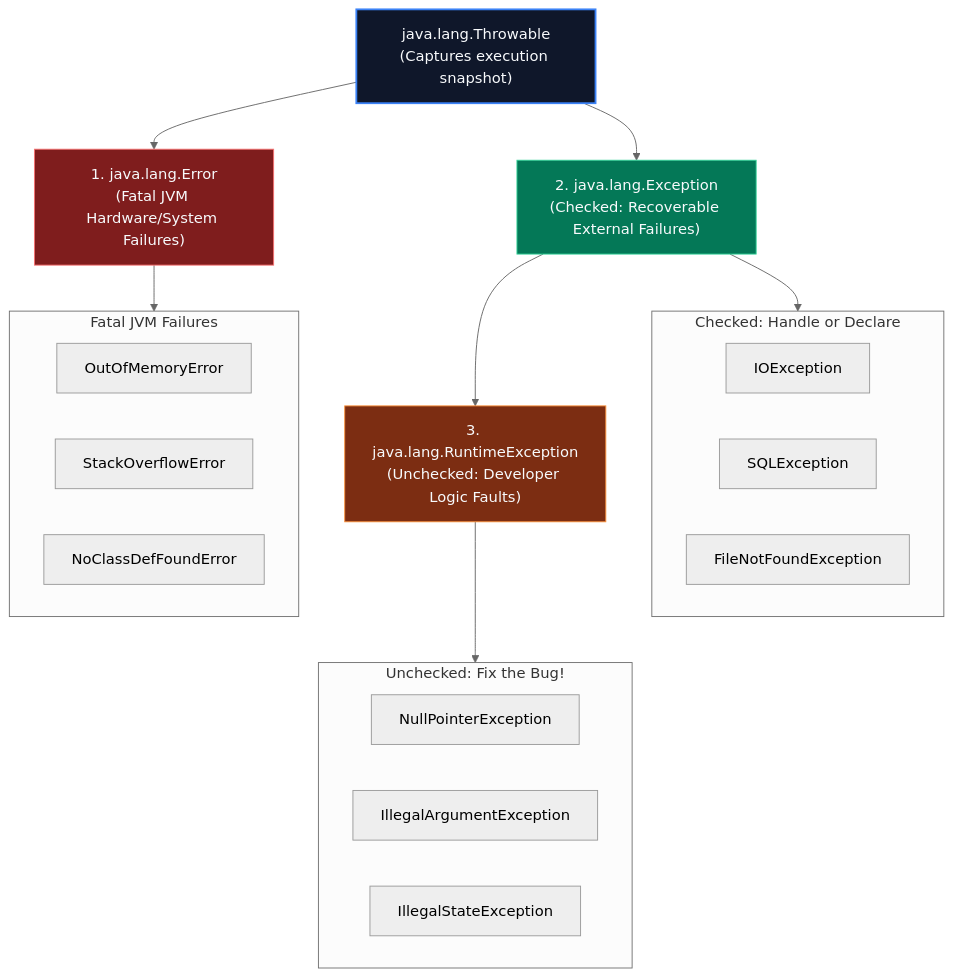
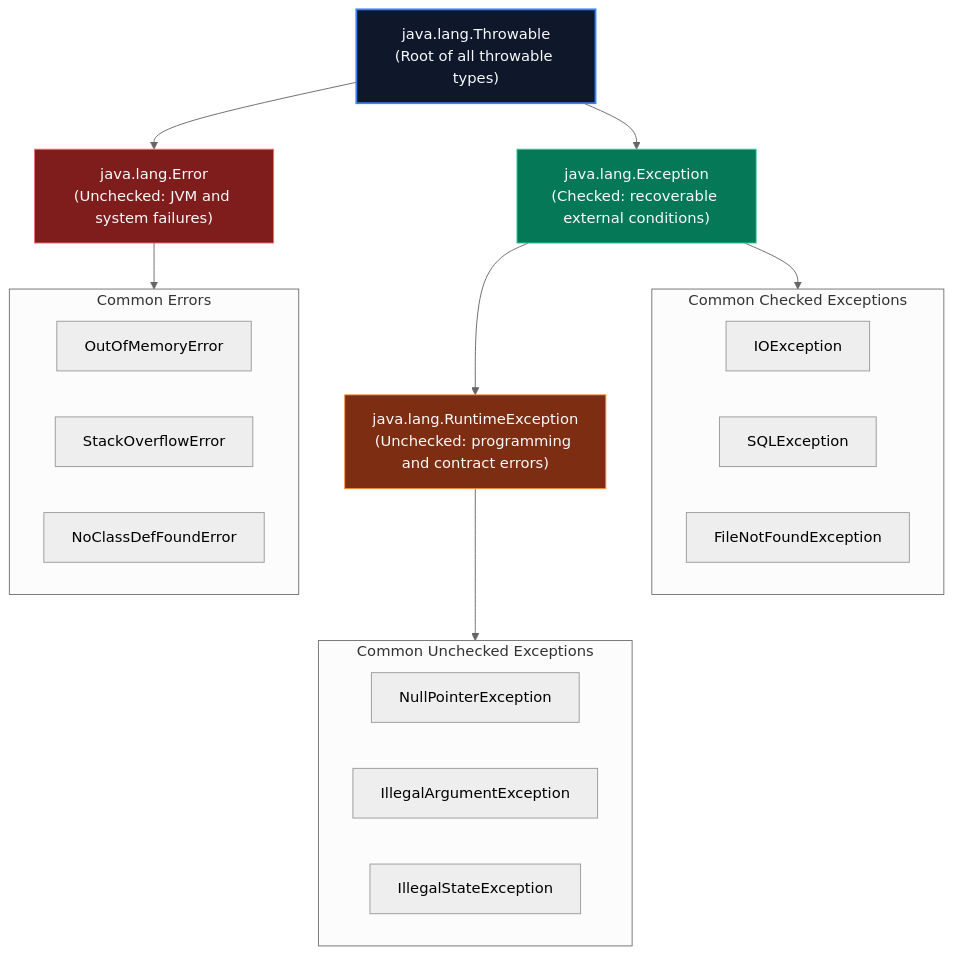
Before and after one commit to ravishankar2463/java_hub: the diagram in content/roadmap/level-2/exception-handling.md, drawn with Mermaid (neutral theme). The commit also changed other lines of this file and 119 other files, not shown here.

Commit message:
feat: add comprehensive java learning roadmap content across multiple levels

````diff
--- a/content/roadmap/level-2/exception-handling.md
+++ b/content/roadmap/level-2/exception-handling.md
@@ -24,39 +18,38 @@
 ```mermaid
 flowchart TD
-    T["java.lang.Throwable<br/>(Captures execution snapshot)"]
-
-    E["1. java.lang.Error<br/>(Fatal JVM Hardware/System Failures)"]
-    Ex["2. java.lang.Exception<br/>(Checked: Recoverable External Failures)"]
-    RE["3. java.lang.RuntimeException<br/>(Unchecked: Developer Logic Faults)"]
+    T["java.lang.Throwable<br/>(Root of all throwable types)"]
+    E["java.lang.Error<br/>(Unchecked: JVM and system failures)"]
+    Ex["java.lang.Exception<br/>(Checked: recoverable external conditions)"]
+    RE["java.lang.RuntimeException<br/>(Unchecked: programming and contract errors)"]
 
     T --> E
     T --> Ex
     Ex --> RE
 
-    subgraph ErrorExamples ["Fatal JVM Failures"]
+    subgraph ErrorExamples ["Common Errors"]
         OOM["OutOfMemoryError"]
         SOE["StackOverflowError"]
         NCD["NoClassDefFoundError"]
     end
 
-    subgraph CheckedExamples ["Checked: Handle or Declare"]
+    subgraph CheckedExamples ["Common Checked Exceptions"]
         IO["IOException"]
         SQL["SQLException"]
         FNF["FileNotFoundException"]
     end
 
-    subgraph UncheckedExamples ["Unchecked: Fix the Bug!"]
+    subgraph UncheckedExamples ["Common Unchecked Exceptions"]
         NPE["NullPointerException"]
         IAE["IllegalArgumentException"]
         ISE["IllegalStateException"]
     end
 
     E --> ErrorExamples
     Ex --> CheckedExamples
     RE --> UncheckedExamples
 
     style T fill:#0f172a,stroke:#3b82f6,stroke-width:2px,color:#f8fafc
     style E fill:#7f1d1d,stroke:#f87171,color:#f8fafc
     style Ex fill:#047857,stroke:#34d399,color:#f8fafc
     style RE fill:#7c2d12,stroke:#fb923c,color:#f8fafc
 ```
````
